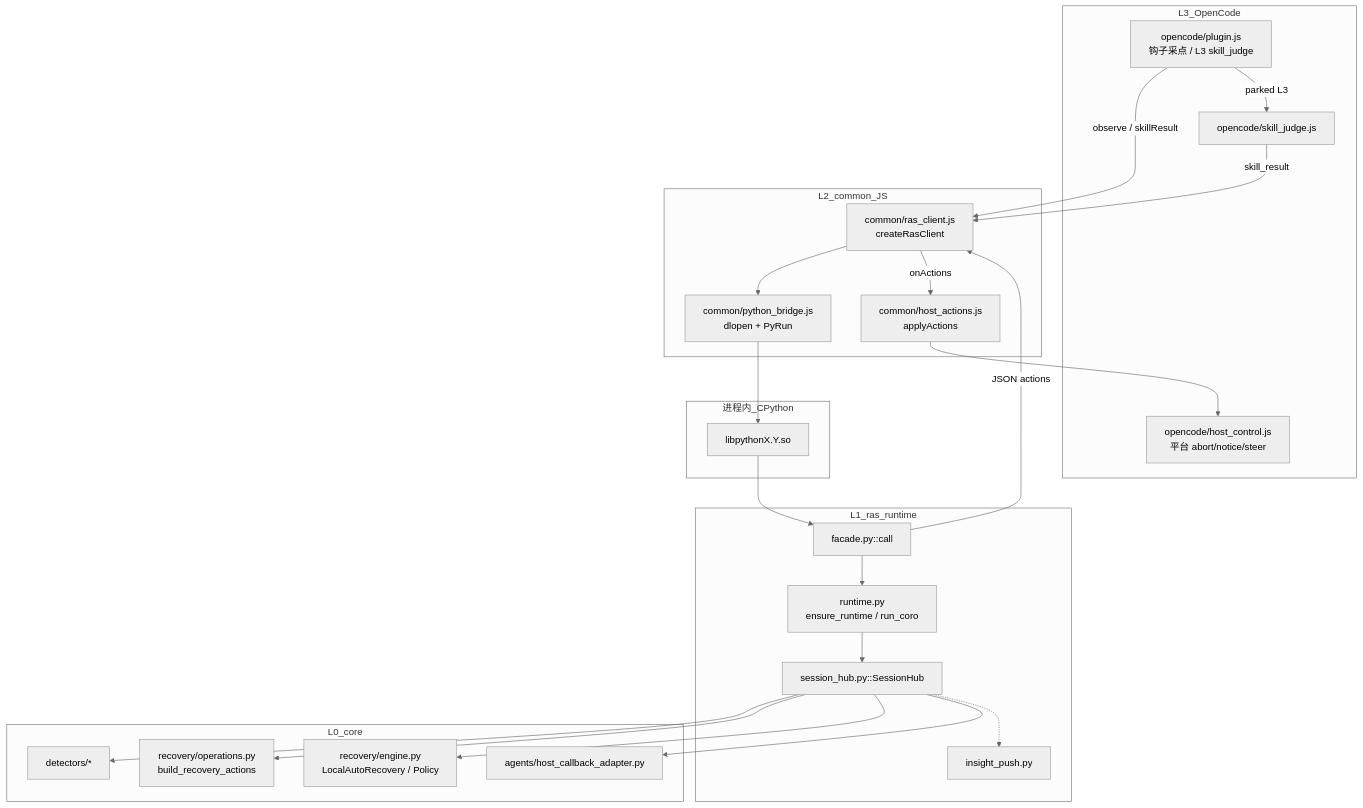
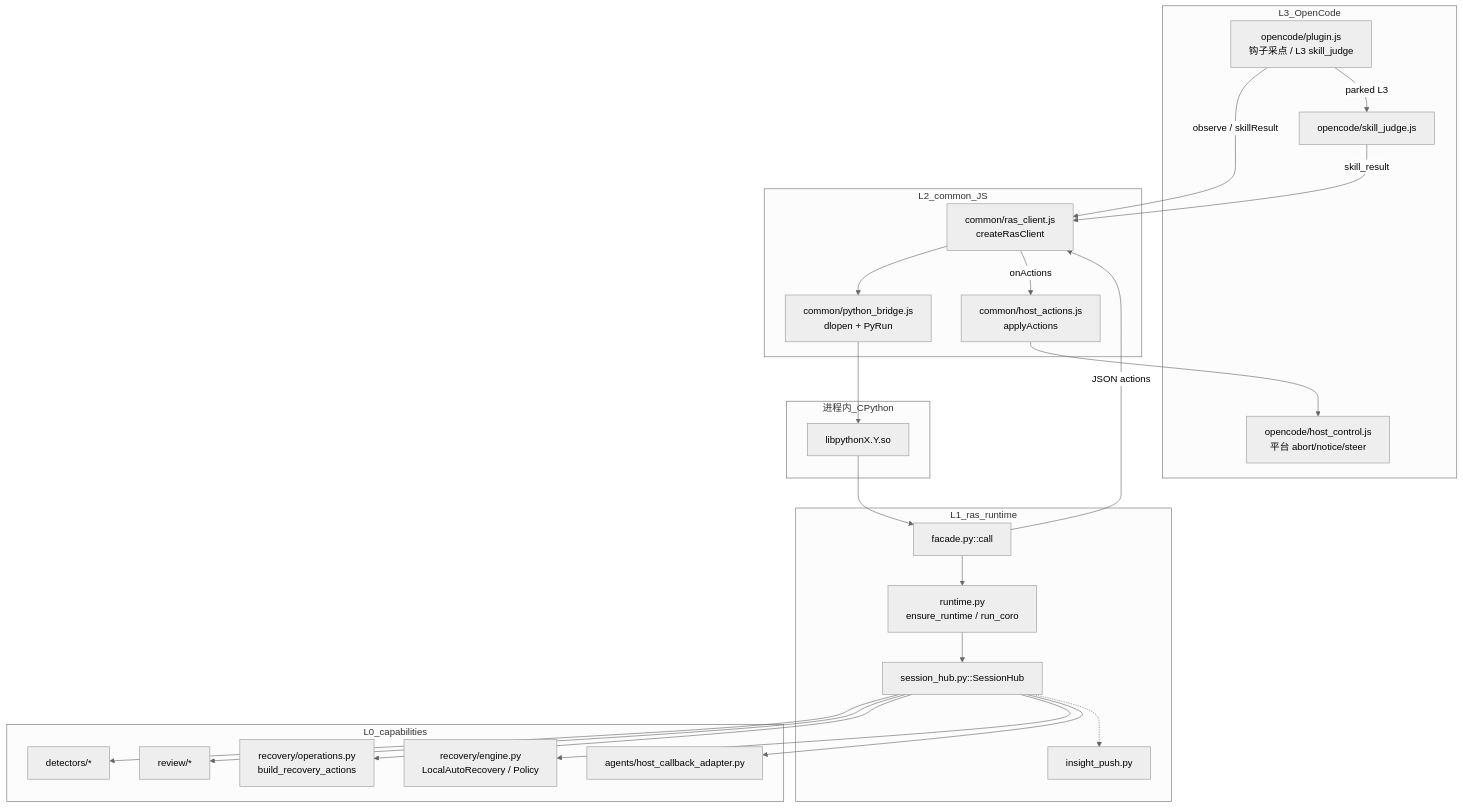
The fifth of 8 diagrams in docs/agent-ras/designs/architecture.md (openeuler-mirror/agent-insight), drawn with Mermaid (neutral theme) before and after one commit. The commit also changed other lines of this file and 34 other files, not shown here.

````diff
--- a/docs/agent-ras/designs/architecture.md
+++ b/docs/agent-ras/designs/architecture.md
@@ -189,45 +189,47 @@
 ```mermaid
 flowchart TB
   subgraph L3js [L3_OpenCode]
     PJ["opencode/plugin.js\n钩子采点 / L3 skill_judge"]
     HCJ["opencode/host_control.js\n平台 abort/notice/steer"]
     SJ["opencode/skill_judge.js"]
   end
   subgraph L2js [L2_common_JS]
     RCJ["common/ras_client.js\ncreateRasClient"]
     HAJ["common/host_actions.js\napplyActions"]
     PB["common/python_bridge.js\ndlopen + PyRun"]
   end
   subgraph native [进程内_CPython]
     LP["libpythonX.Y.so"]
   end
   subgraph L1py [L1_ras_runtime]
     FAC["facade.py::call"]
     RT["runtime.py\nensure_runtime / run_coro"]
     HUB["session_hub.py::SessionHub"]
     PUSH["insight_push.py"]
   end
-  subgraph L0py [L0_core]
+  subgraph L0py [L0_capabilities]
     DET["detectors/*"]
+    REV["review/*"]
     OPS["recovery/operations.py\nbuild_recovery_actions"]
     POL["recovery/engine.py\nLocalAutoRecovery / Policy"]
     HCA["agents/host_callback_adapter.py"]
   end
 
   PJ -->|"observe / skillResult"| RCJ
   RCJ --> PB
   PB --> LP
   LP --> FAC
   FAC --> RT
   RT --> HUB
   HUB --> DET
+  HUB --> REV
   HUB --> OPS
   HUB --> POL
   HUB --> HCA
   HUB -.-> PUSH
   FAC -->|"JSON actions"| RCJ
   RCJ -->|"onActions"| HAJ
   HAJ --> HCJ
   PJ -->|"parked L3"| SJ
   SJ -->|"skill_result"| RCJ
 ```
````
